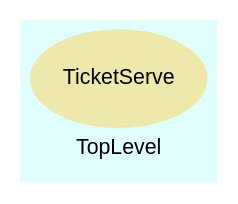
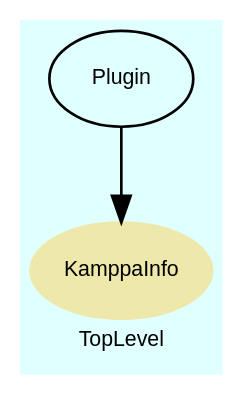
Before and after one commit to rsence/rsence: the diagram in trunk/server/doc/rdoc/dot/f_4.dot, drawn with Graphviz. The commit also changed 130 other files, not shown here.

```diff
--- a/trunk/server/doc/rdoc/dot/f_4.dot
+++ b/trunk/server/doc/rdoc/dot/f_4.dot
@@ -1,22 +1,31 @@
 digraph TopLevel {
     compound = true
     bgcolor = lightcyan1
     fontname = Arial
     fontsize = 8
     label = "TopLevel"
     node [
         fontname = Arial,
         fontsize = 8,
         color = black
     ]
 
-    TicketServe [
+    KamppaInfo [
         fontcolor = black,
-        URL = "classes/TicketServe.html",
+        URL = "classes/KamppaInfo.html",
         shape = ellipse,
         color = palegoldenrod,
         style = filled,
-        label = "TicketServe"
+        label = "KamppaInfo"
+    ]
+
+    Plugin [
+        URL = "classes/Plugin.html",
+        label = "Plugin"
+    ]
+
+    Plugin -> KamppaInfo [
+
     ]
 
 }
```
